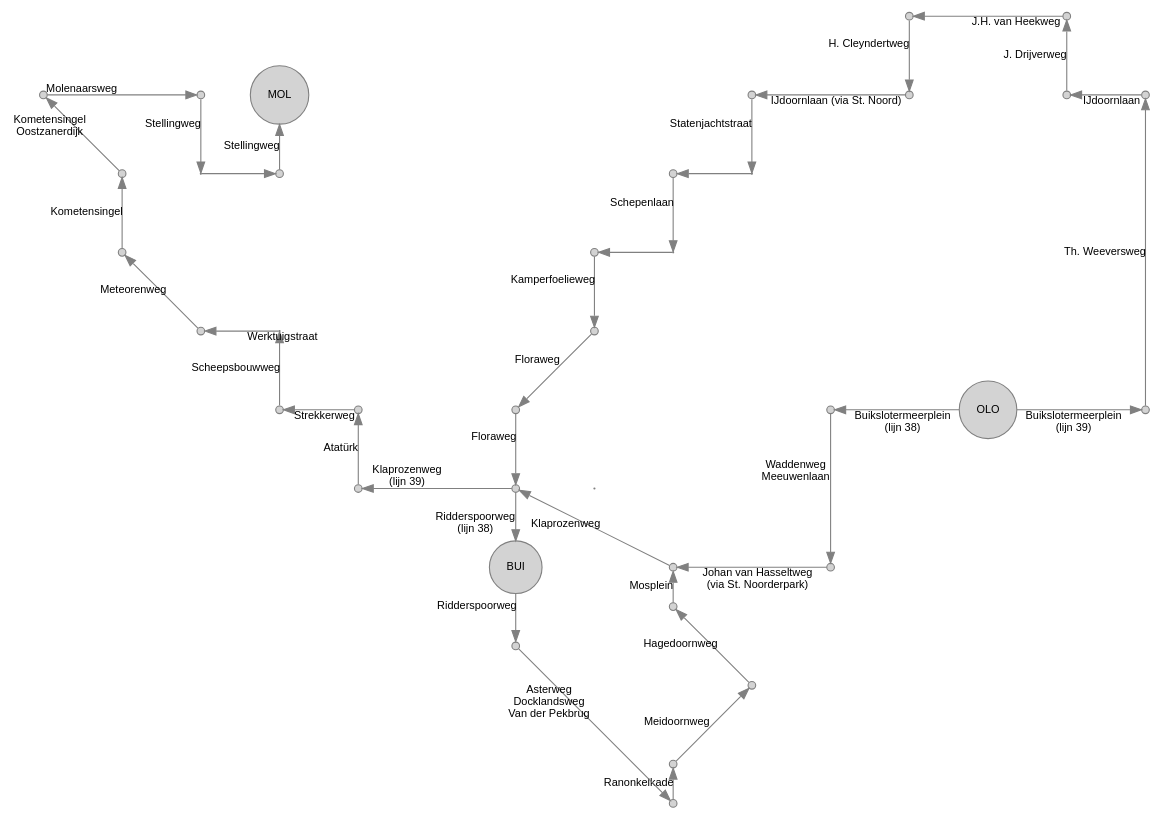
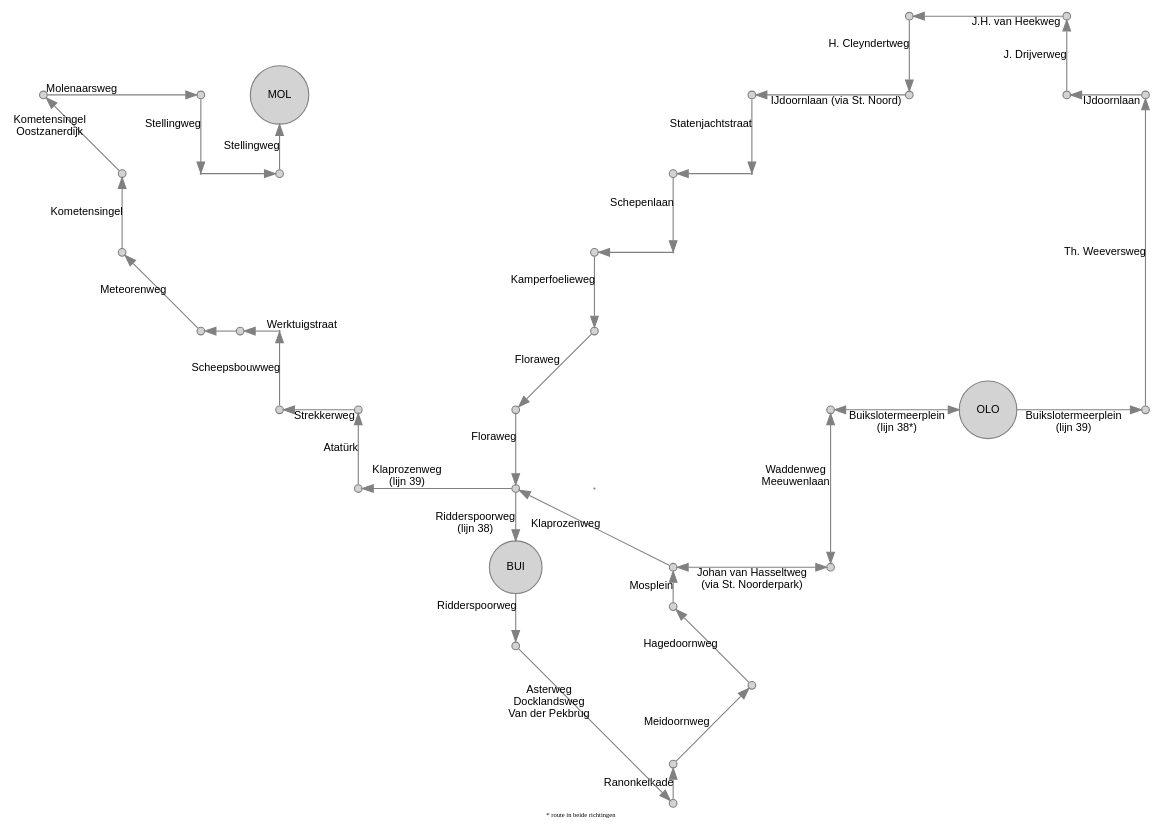
Before and after one commit to JacekPardyak/bus: the diagram in gvb/OLO.gv, drawn with Graphviz. The commit also changed 24 other files, not shown here.

```diff
--- a/gvb/OLO.gv
+++ b/gvb/OLO.gv
@@ -1,107 +1,111 @@
 digraph G {
   layout = neato
   node [shape = circle, style = filled, fillcolor = lightgray, color=gray, height=0.1, label = "", fontsize = 10, fontname = "Arial"]
   edge [color=gray, fontsize = 10, fontname = "Arial"]
 
-
-
   3901 [pos = " 3,-1!", label = "OLO"]
   3902 [pos = " 5,-1!"]
   3903 [pos = " 5, 3!"]
   3904 [pos = " 4, 3!"]
+  3905 [pos = "-6.5, 0!"]
 
   3906 [pos = "-2,-2!", height=0.01]
   3907 [pos = "-3,-2!"]
   3908 [pos = "-5,-2!"]
   3909 [pos = "-5,-1!"]
   3910 [pos = "-6,-1!"]
   3911 [pos = "-6, 0!", height=0.01]
   3912 [pos = "-7, 0!"]
   3913 [pos = "-8, 1!"]
   3914 [pos = "-8, 2!"]
   3915 [pos = "-9, 3!"]
   3916 [pos = "-7, 3!"]
   3917 [pos = "-7, 2!", height=0.01]
   3918 [pos = "-6, 2!"]
   3919 [pos = "-6, 3!", label = "MOL"]
   3920 [pos = " 4, 4!"]
   3921 [pos = " 2, 4!"]
   3922 [pos = " 2, 3!"]
   3923 [pos = " 0, 3!"]
   3924 [pos = " 0, 2!", height=0.01]
   3925 [pos = "-1, 2!"]
   3926 [pos = "-1, 1!", height=0.01]
   3927 [pos = "-2, 1!"]
   3928 [pos = "-2, 0!"]
   
   3801 [pos = " 1,-3!"]
   3802 [pos = "-1,-3.5!"]
   3803 [pos = "-1,-3!"]
   3804 [pos = "-3,-3!", label = "BUI"]
   
   3805 [pos = " 1,-1!"]
   3806 [pos = " 0,-4.5!"]
   3807 [pos = "-1,-5.5!"]
   3808 [pos = "-1,-6!"]
   3809 [pos = "-3,-4!"]
   3810 [pos = "-3,-1!"]
 
 
   3802 -> 3803 [label = "Mosplein"]
 
-  3801 -> 3803 [label = "Johan van Hasseltweg 
+  3801 -> 3803 [dir = "both", label = "Johan van Hasseltweg 
  (via St. Noorderpark)"]
   3803 -> 3907 [label = "Klaprozenweg"]
   3907 -> 3804 [label = "Ridderspoorweg 
  (lijn 38)"]
   3804 -> 3809 [label = "Ridderspoorweg"]
   
   3809 -> 3808 [label = "Asterweg 
  Docklandsweg 
  Van der Pekbrug"]
 
   3902 -> 3903 [label = "Th. Weeversweg"]
   3903 -> 3904 [label = "IJdoornlaan"]
   3904 -> 3920 [label = "J. Drijverweg"]
   3920 -> 3921 [label = "J.H. van Heekweg"]
   3921 -> 3922 [label = "H. Cleyndertweg"]  
   3922 -> 3923 [label = "IJdoornlaan (via St. Noord)"]
   
-  3805 -> 3801 [label = "Waddenweg 
+  3805 -> 3801 [dir = "both", label = "Waddenweg 
  Meeuwenlaan"]
   3923 -> 3924 [label = "Statenjachtstraat"]
   3924 -> 3925 [label = ""]
   
   3925 -> 3926 [label = "Schepenlaan"]
   3926 -> 3927 [label = ""]  
   
   3927 -> 3928 [label = "Kamperfoelieweg"]
   3928 -> 3810 [label = "Floraweg"]  
   
   3907 -> 3908 [label = "Klaprozenweg 
  (lijn 39)"]
   3908 -> 3909 [label = "Atatürk"]
   3909 -> 3910 [label = "Strekkerweg"]
   3910 -> 3911 [label = "Scheepsbouwweg"]
-  3911 -> 3912 [label = "Werktuigstraat"]
+  3911 -> 3905 [label = "Werktuigstraat"]
+  3905 -> 3912 [label = ""]
   3912 -> 3913 [label = "Meteorenweg"]
   3913 -> 3914 [label = "Kometensingel"]
   3914 -> 3915 [label = "Kometensingel 
  Oostzanerdijk"]
   3915 -> 3916 [label = "Molenaarsweg"]
   3916 -> 3917 [label = "Stellingweg"]
   3917 -> 3918 [label = ""]
   3918 -> 3919 [label = "Stellingweg"]
   
-  3901 -> 3805 [label = "Buikslotermeerplein 
- (lijn 38)"]
+  3901 -> 3805 [dir = "both", label = "Buikslotermeerplein 
+ (lijn 38*)"]
   3901 -> 3902 [label = "Buikslotermeerplein
 (lijn 39)"]
 
   3806 -> 3802 [label = "Hagedoornweg"]
   3807 -> 3806 [label = "Meidoornweg"]
   3808 -> 3807 [label = "Ranonkelkade"]
 
   3810 -> 3907 [label = "Floraweg"]
 
+  labelloc="b"
+  label="* route in beide richtingen"
+  fontsize=6
+
 }
```
